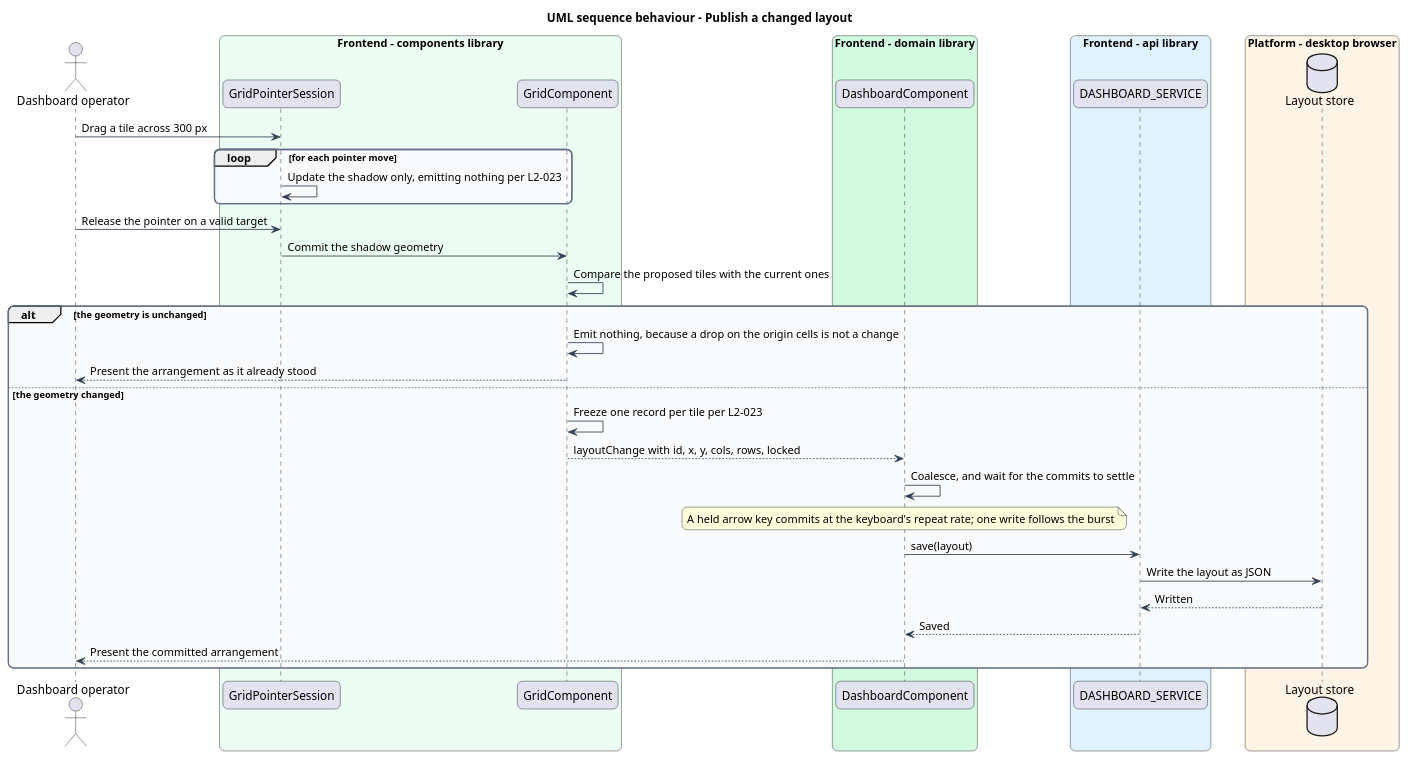
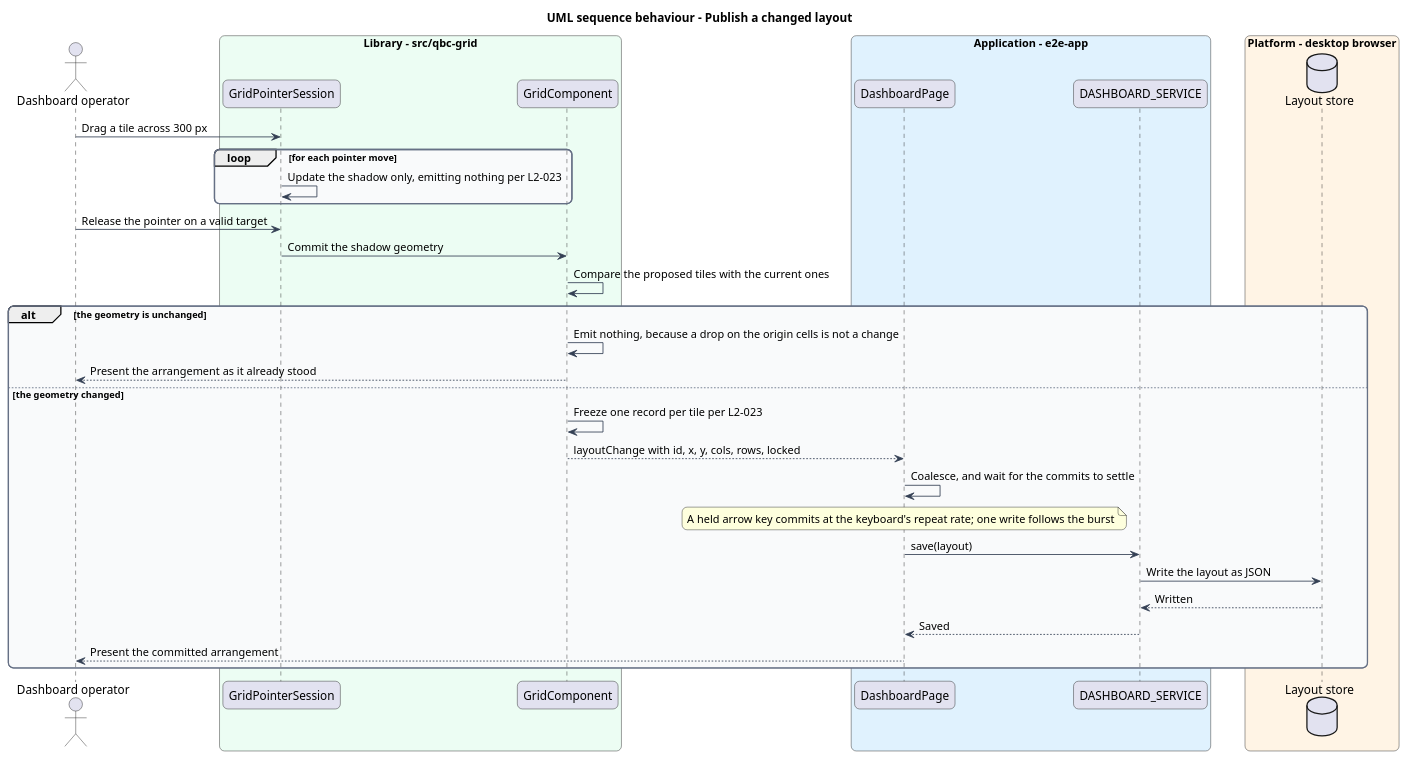
Before and after one commit to QuinntyneBrown/qbc-grid: the diagram in docs/detailed-designs/grid-layout/publish-and-restore-layout/diagrams/sequence-publish.puml, drawn with PlantUML. The commit also changed 84 other files, not shown here.

```diff
--- a/docs/detailed-designs/grid-layout/publish-and-restore-layout/diagrams/sequence-publish.puml
+++ b/docs/detailed-designs/grid-layout/publish-and-restore-layout/diagrams/sequence-publish.puml
@@ -1,53 +1,51 @@
 @startuml
 title UML sequence behaviour - Publish a changed layout
 skinparam backgroundColor #FFFFFF
 skinparam shadowing false
 skinparam roundcorner 12
 skinparam defaultFontName Arial
 skinparam ArrowColor #344054
 skinparam rectangle {
   BorderColor #344054
   FontColor #101828
 }
 skinparam package {
   BorderColor #667085
   FontColor #101828
   BackgroundColor #F9FAFB
 }
 actor "Dashboard operator" as actor
-box "Frontend - components library" #ECFDF3
+box "Library - src/qbc-grid" #ECFDF3
   participant "GridPointerSession" as session
   participant "GridComponent" as grid
 end box
-box "Frontend - domain library" #D1FADF
-  participant "DashboardComponent" as dashboard
-end box
-box "Frontend - api library" #E0F2FE
+box "Application - e2e-app" #E0F2FE
+  participant "DashboardPage" as dashboard
   participant "DASHBOARD_SERVICE" as service
 end box
 box "Platform - desktop browser" #FFF4E5
   database "Layout store" as store
 end box
 
 actor -> session : Drag a tile across 300 px
 loop for each pointer move
   session -> session : Update the shadow only, emitting nothing per L2-023
 end
 actor -> session : Release the pointer on a valid target
 session -> grid : Commit the shadow geometry
 grid -> grid : Compare the proposed tiles with the current ones
 alt the geometry is unchanged
   grid -> grid : Emit nothing, because a drop on the origin cells is not a change
   grid --> actor : Present the arrangement as it already stood
 else the geometry changed
   grid -> grid : Freeze one record per tile per L2-023
   grid --> dashboard : layoutChange with id, x, y, cols, rows, locked
   dashboard -> dashboard : Coalesce, and wait for the commits to settle
   note over dashboard : A held arrow key commits at the keyboard's repeat rate; one write follows the burst
   dashboard -> service : save(layout)
   service -> store : Write the layout as JSON
   store --> service : Written
   service --> dashboard : Saved
   dashboard --> actor : Present the committed arrangement
 end
 @enduml
```
